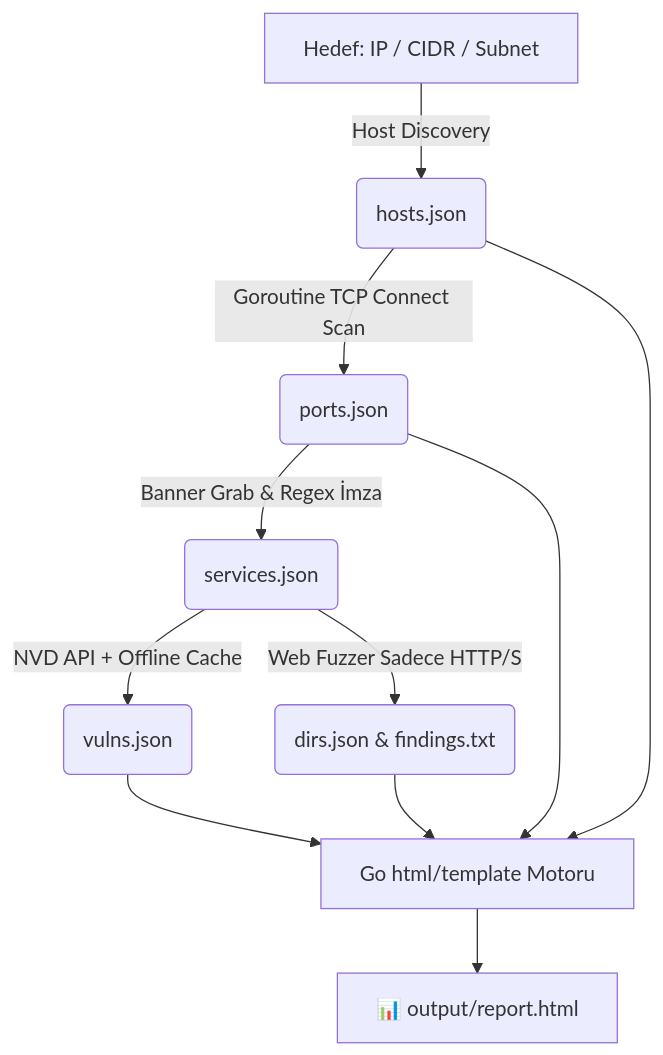
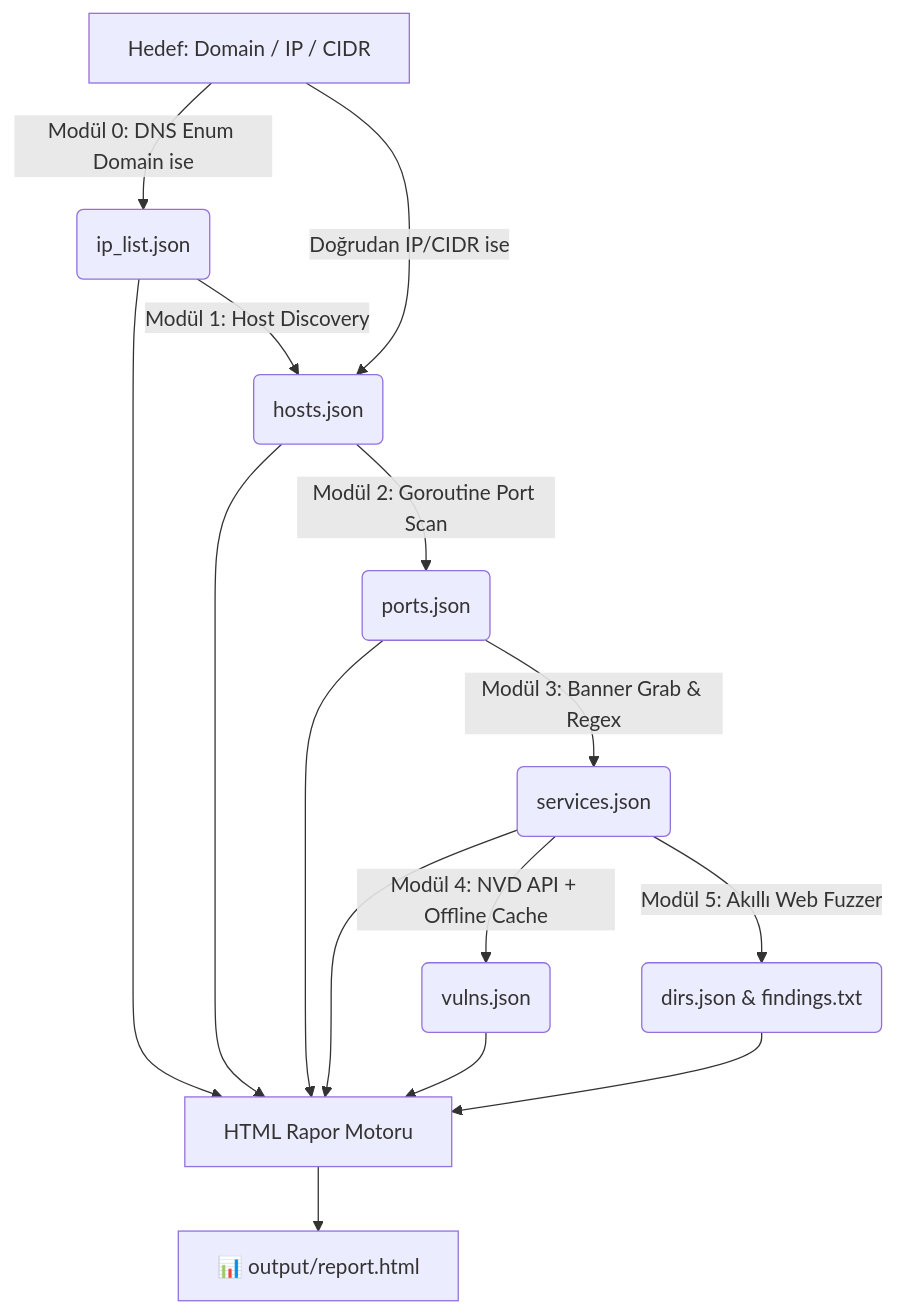
The diagram in README.md (1Ssalih/SpecterRecon), drawn with Mermaid before and after one commit. The commit also changed other lines of this file and 20 other files, not shown here.

````diff
--- a/README.md
+++ b/README.md
@@ -49,13 +50,17 @@
 ```mermaid
 graph TD
-    A[Hedef: IP / CIDR / Subnet] -->|Host Discovery| B(hosts.json)
-    B -->|Goroutine TCP Connect Scan| C(ports.json)
-    C -->|Banner Grab & Regex İmza| D(services.json)
-    D -->|NVD API + Offline Cache| E(vulns.json)
-    D -->|Web Fuzzer Sadece HTTP/S| F(dirs.json & findings.txt)
-    E --> G[Go html/template Motoru]
-    F --> G
-    B --> G
-    C --> G
-    G --> H[📊 output/report.html]
+    A[Hedef: Domain / IP / CIDR] -->|Modül 0: DNS Enum Domain ise| B(ip_list.json)
+    B -->|Modül 1: Host Discovery| C(hosts.json)
+    A -->|Doğrudan IP/CIDR ise| C
+    C -->|Modül 2: Goroutine Port Scan| D(ports.json)
+    D -->|Modül 3: Banner Grab & Regex| E(services.json)
+    E -->|Modül 4: NVD API + Offline Cache| F(vulns.json)
+    E -->|Modül 5: Akıllı Web Fuzzer| G(dirs.json & findings.txt)
+    B --> H[HTML Rapor Motoru]
+    C --> H
+    D --> H
+    E --> H
+    F --> H
+    G --> H
+    H --> I[📊 output/report.html]
 ```
````
